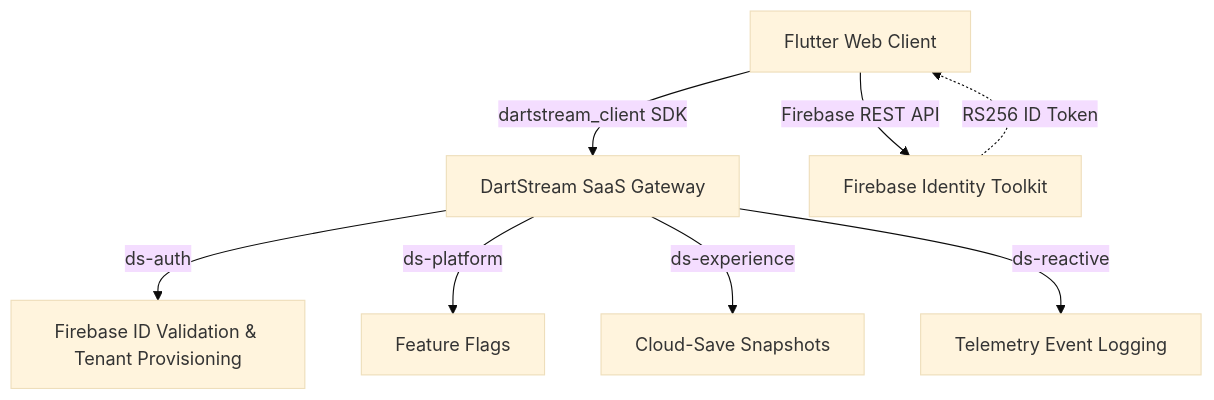
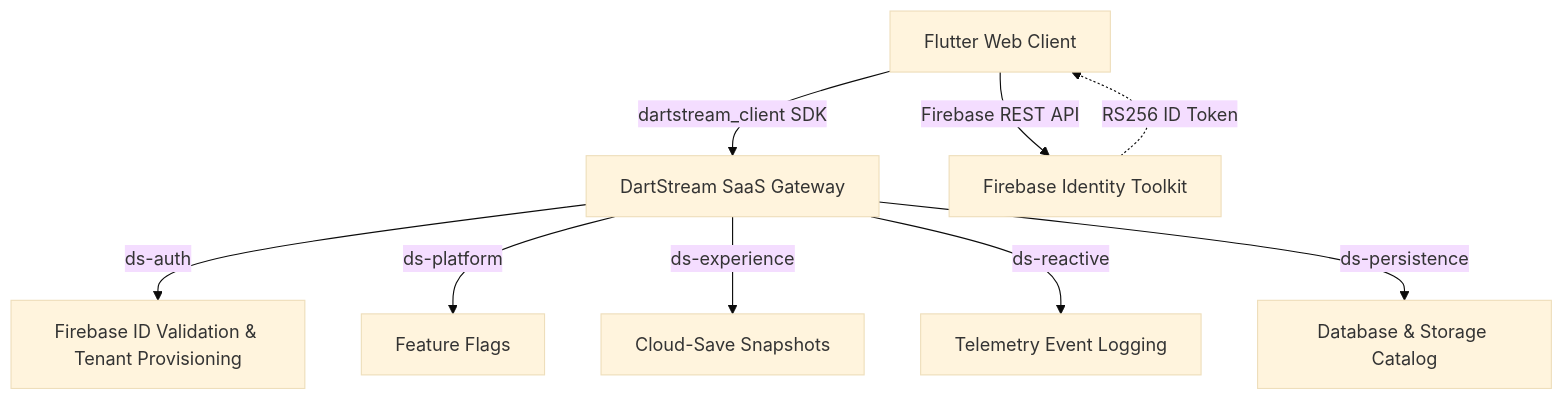
Before and after one commit to lalit-devda/zz-sleep-tracker: the first of 2 diagrams in README.md, drawn with Mermaid (base theme). The commit also changed 26 other files, not shown here.

````diff
--- a/README.md
+++ b/README.md
@@ -11,10 +11,11 @@
 ```mermaid
 graph TD
     A[Flutter Web Client] -->|dartstream_client SDK| B[DartStream SaaS Gateway]
     A -->|Firebase REST API| C[Firebase Identity Toolkit]
     B -->|ds-auth| D[Firebase ID Validation & Tenant Provisioning]
     B -->|ds-platform| E[Feature Flags]
     B -->|ds-experience| F[Cloud-Save Snapshots]
     B -->|ds-reactive| G[Telemetry Event Logging]
+    B -->|ds-persistence| H[Database & Storage Catalog]
     C -.->|RS256 ID Token| A
 ```
````
